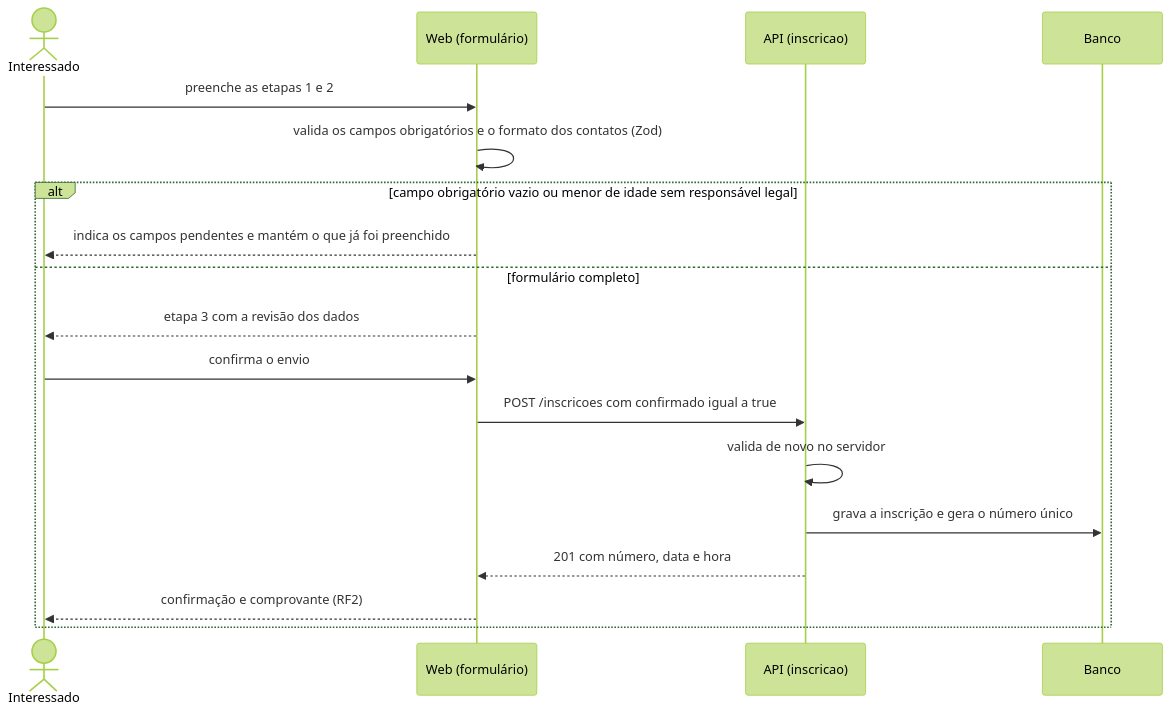
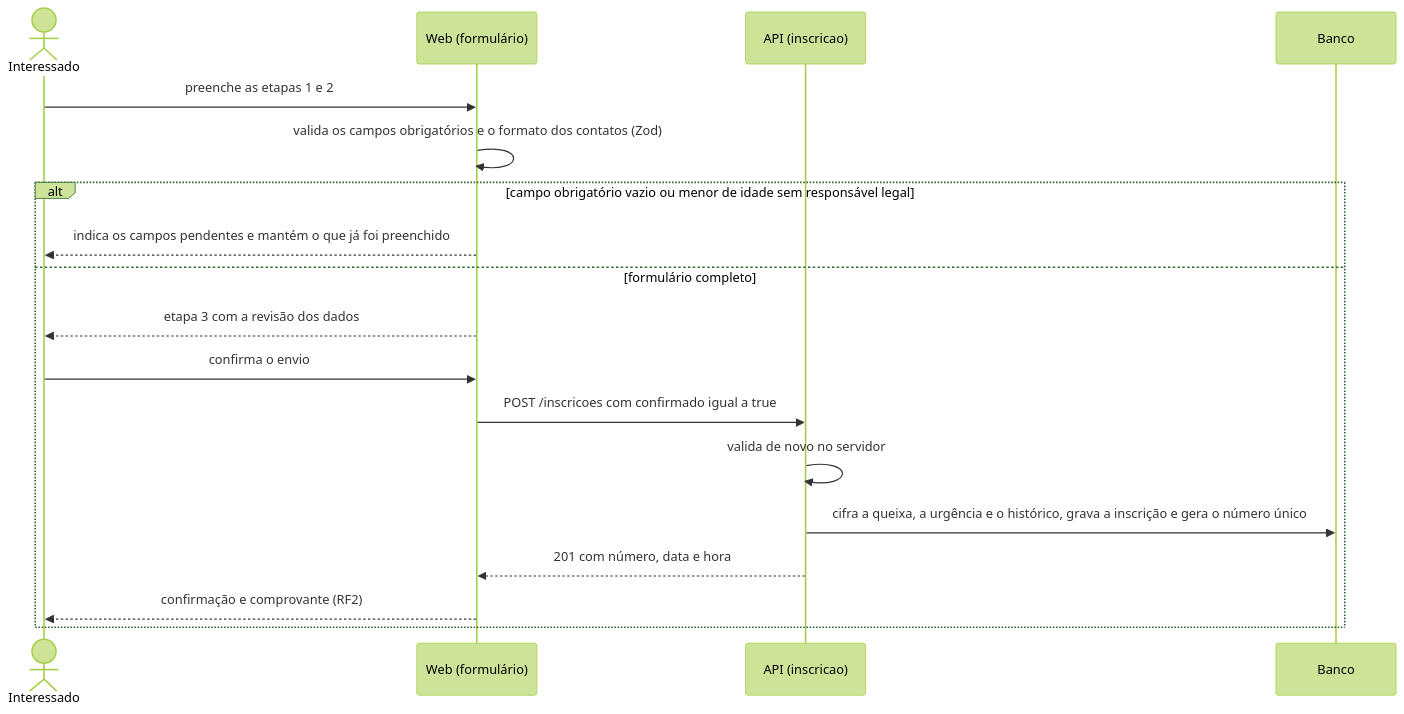
The sixth of 13 diagrams in documentacao/docs/unidade-3/projeto-features-ciclo-3.md (mdsreq-fga-unb/REQ-2026.2-T02-ClinicaEscolaFBr), drawn with Mermaid (forest theme) before and after one commit. The commit also changed other lines of this file and 2 other files, not shown here.

````diff
--- a/documentacao/docs/unidade-3/projeto-features-ciclo-3.md
+++ b/documentacao/docs/unidade-3/projeto-features-ciclo-3.md
@@ -310,20 +311,20 @@
 ```mermaid
 sequenceDiagram
     actor I as Interessado
     participant W as Web (formulário)
     participant A as API (inscricao)
     participant DB as Banco
     I->>W: preenche as etapas 1 e 2
     W->>W: valida os campos obrigatórios e o formato dos contatos (Zod)
     alt campo obrigatório vazio ou menor de idade sem responsável legal
         W-->>I: indica os campos pendentes e mantém o que já foi preenchido
     else formulário completo
         W-->>I: etapa 3 com a revisão dos dados
         I->>W: confirma o envio
         W->>A: POST /inscricoes com confirmado igual a true
         A->>A: valida de novo no servidor
-        A->>DB: grava a inscrição e gera o número único
+        A->>DB: cifra a queixa, a urgência e o histórico, grava a inscrição e gera o número único
         A-->>W: 201 com número, data e hora
         W-->>I: confirmação e comprovante (RF2)
     end
 ```
````
